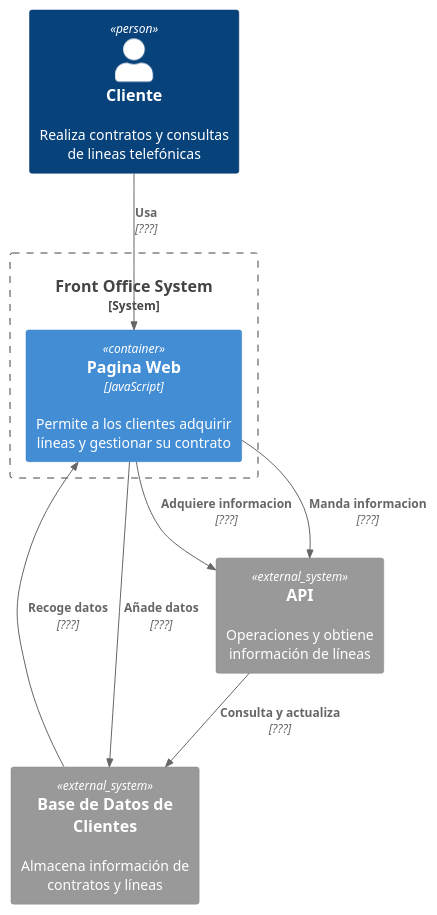
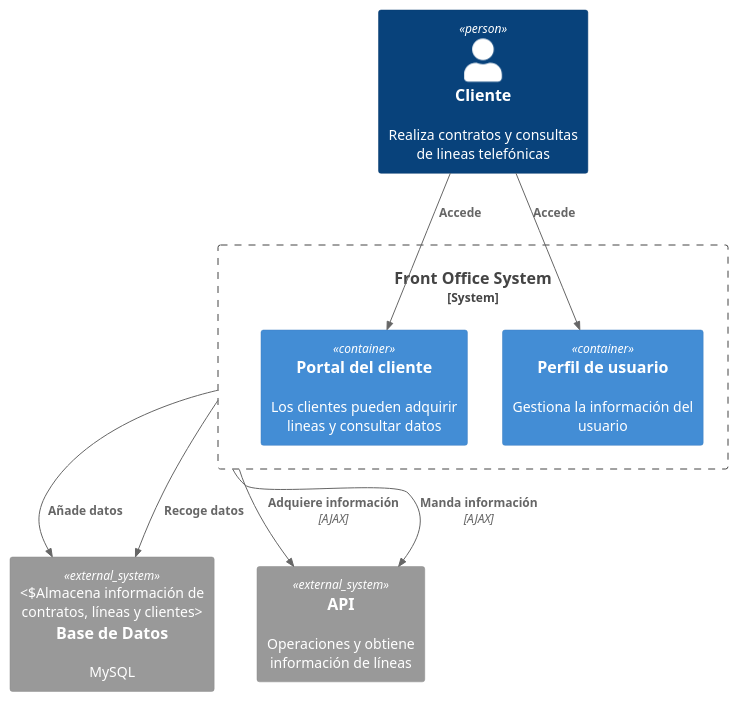
The diagram in docs/diagrams/FrontOfficeContainerDiagram.puml (davidbp10/iw2023-2024-MovilUCA), drawn with PlantUML before and after one commit. The commit also changed 8 other files, not shown here.

```diff
--- a/docs/diagrams/FrontOfficeContainerDiagram.puml
+++ b/docs/diagrams/FrontOfficeContainerDiagram.puml
@@ -1,19 +1,24 @@
 @startuml FrontOfficeContainerDiagram
 !include https://raw.githubusercontent.com/plantuml-stdlib/C4-PlantUML/master/C4_Container.puml
 
 Person(cliente, "Cliente", "Realiza contratos y consultas de lineas telefónicas")
 
-System_Boundary(c1, "Front Office System") {
-    Container(pw, "Pagina Web", "JavaScript", "Permite a los clientes adquirir líneas y gestionar su contrato")
+
+System_Boundary(frontOffice, "Front Office System") {
+    Container( pc, "Portal del cliente", , "Los clientes pueden adquirir lineas y consultar datos" )
+    Container(pusu, "Perfil de usuario", ,"Gestiona la información del usuario")
+
 }
 
-System_Ext(bd, "Base de Datos de Clientes", "Almacena información de contratos y líneas")
+System_Ext(bd, "Base de Datos","MySQL", "Almacena información de contratos, líneas y clientes")
 System_Ext(api, "API", "Operaciones y obtiene información de líneas")
 
-Rel(cliente, pw, "Usa", "???")
-Rel(pw, api, "Adquiere informacion", "???")
-Rel(pw, api, "Manda informacion", "???")
-Rel(api, bd, "Consulta y actualiza", "???")
-Rel(pw, bd, "Añade datos", "???")
-Rel(bd, pw, "Recoge datos", "???")
+Rel(cliente,pc,"Accede")
+Rel(cliente,pusu,"Accede")
+
+Rel(frontOffice, api, "Adquiere información", "AJAX")
+Rel(frontOffice, api, "Manda información", "AJAX")
+Rel(frontOffice, bd, "Añade datos")
+Rel(frontOffice, bd, "Recoge datos")
+
 @enduml
```
